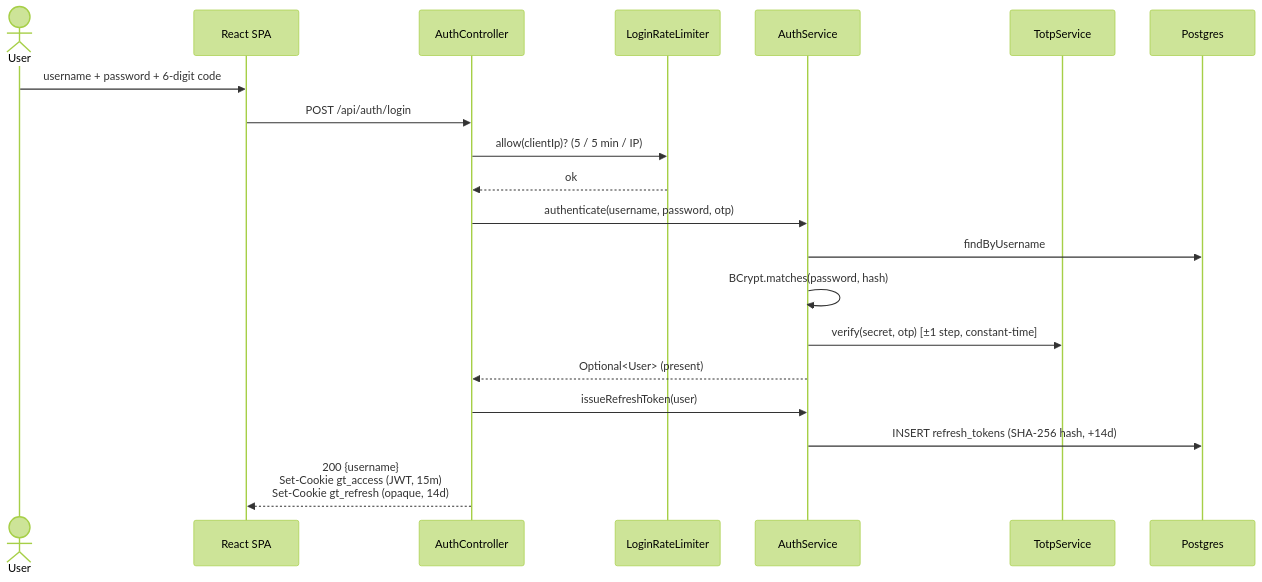
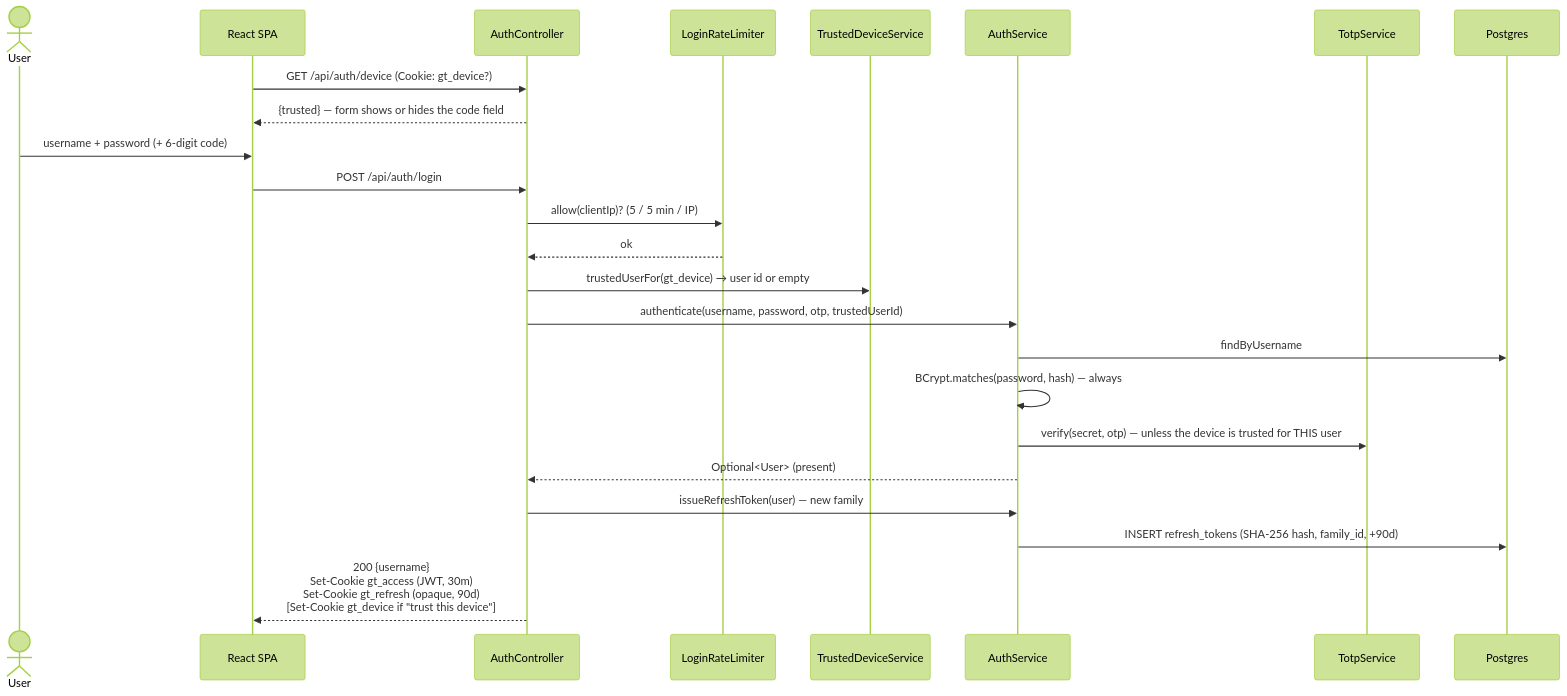
Before and after one commit to caseythecoder90/grindtrack: the first of 4 diagrams in gt2/docs/auth.md, drawn with Mermaid (forest theme). The commit also changed other lines of this file and 21 other files, not shown here.

````diff
--- a/gt2/docs/auth.md
+++ b/gt2/docs/auth.md
@@ -51,22 +96,26 @@
 ```mermaid
 sequenceDiagram
     actor User
     participant SPA as React SPA
     participant AC as AuthController
     participant RL as LoginRateLimiter
+    participant TD as TrustedDeviceService
     participant AS as AuthService
     participant TOTP as TotpService
     participant DB as Postgres
-    User->>SPA: username + password + 6-digit code
+    SPA->>AC: GET /api/auth/device (Cookie: gt_device?)
+    AC-->>SPA: {trusted} — form shows or hides the code field
+    User->>SPA: username + password (+ 6-digit code)
     SPA->>AC: POST /api/auth/login
     AC->>RL: allow(clientIp)?  (5 / 5 min / IP)
     RL-->>AC: ok
-    AC->>AS: authenticate(username, password, otp)
+    AC->>TD: trustedUserFor(gt_device) → user id or empty
+    AC->>AS: authenticate(username, password, otp, trustedUserId)
     AS->>DB: findByUsername
-    AS->>AS: BCrypt.matches(password, hash)
-    AS->>TOTP: verify(secret, otp)  [±1 step, constant-time]
+    AS->>AS: BCrypt.matches(password, hash)  — always
+    AS->>TOTP: verify(secret, otp)  — unless the device is trusted for THIS user
     AS-->>AC: Optional<User> (present)
-    AC->>AS: issueRefreshToken(user)
-    AS->>DB: INSERT refresh_tokens (SHA-256 hash, +14d)
-    AC-->>SPA: 200 {username}<br/>Set-Cookie gt_access (JWT, 15m)<br/>Set-Cookie gt_refresh (opaque, 14d)
+    AC->>AS: issueRefreshToken(user)  — new family
+    AS->>DB: INSERT refresh_tokens (SHA-256 hash, family_id, +90d)
+    AC-->>SPA: 200 {username}<br/>Set-Cookie gt_access (JWT, 30m)<br/>Set-Cookie gt_refresh (opaque, 90d)<br/>[Set-Cookie gt_device if "trust this device"]
 ```
````
